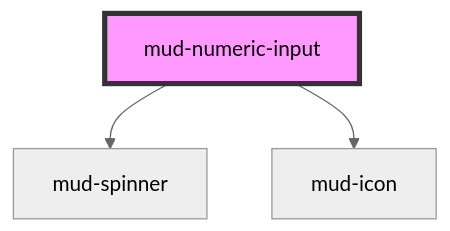
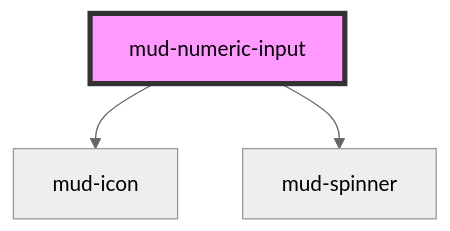
Before and after one commit to egov-moldova/design-system: the diagram in src/components/mud-numeric-input/readme.md, drawn with Mermaid (neutral theme). The commit also changed other lines of this file and 4 other files, not shown here.

First line of the commit message:
fix(numeric-input): draw the mandatory mark as the Figma asterisk icon

````diff
--- a/src/components/mud-numeric-input/readme.md
+++ b/src/components/mud-numeric-input/readme.md
@@ -116,6 +116,6 @@
 ```mermaid
 graph TD;
+  mud-numeric-input --> mud-icon
   mud-numeric-input --> mud-spinner
-  mud-numeric-input --> mud-icon
   style mud-numeric-input fill:#f9f,stroke:#333,stroke-width:4px
 ```
````
